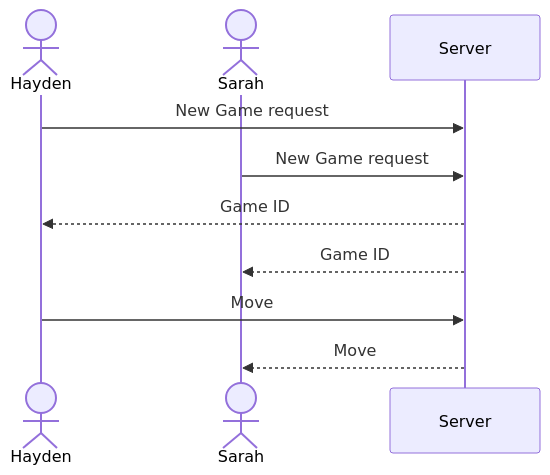
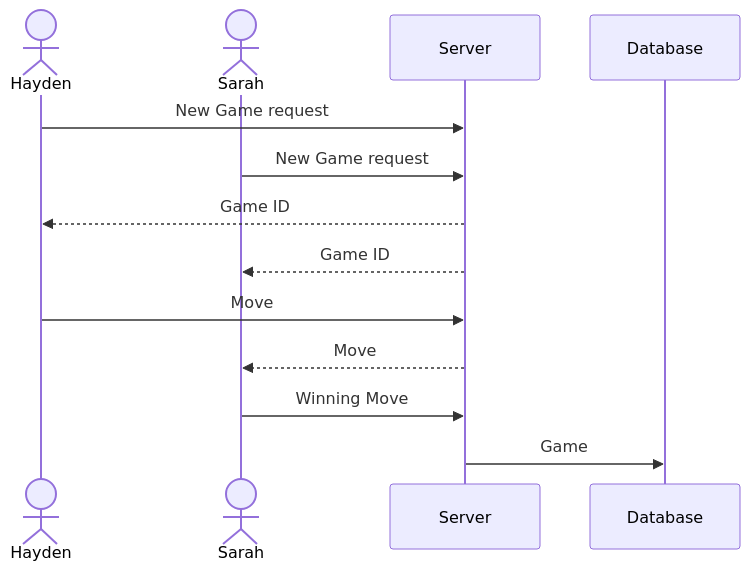
The diagram in README.md (JohnHellewell/CS260_CONNECT_FOUR), drawn with Mermaid before and after one commit.

Commit message:
small change to mermaid diagram

````diff
--- a/README.md
+++ b/README.md
@@ -18,12 +18,13 @@
 ```mermaid
 sequenceDiagram
     actor Hayden
     actor Sarah
     Hayden->>Server: New Game request
     Sarah->>Server: New Game request
     Server-->>Hayden: Game ID
     Server-->>Sarah: Game ID
     Hayden->>Server: Move
     Server-->>Sarah: Move
-
+    Sarah->>Server: Winning Move
+    Server->>Database: Game
 ```
````
